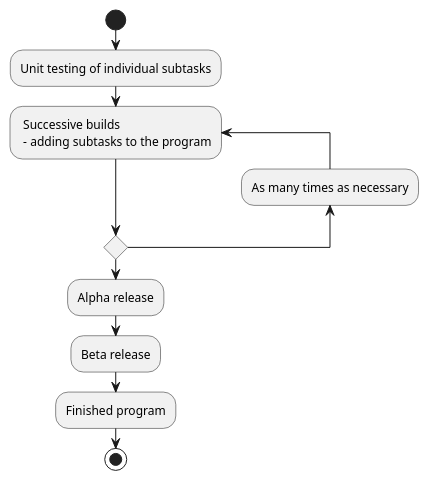
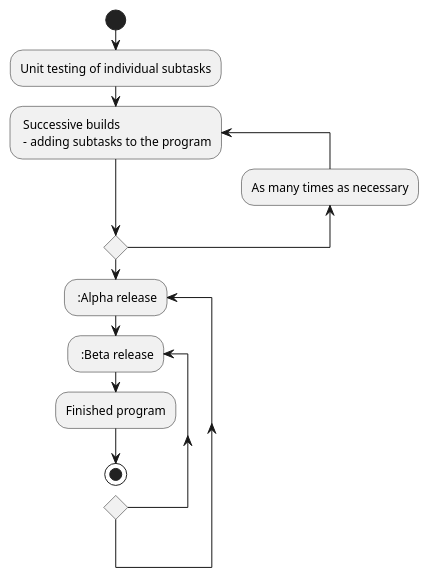
The fifth of 5 diagrams in doc/intro.md (UPPMAX/programming_formalisms_intro), drawn with PlantUML before and after one commit.

````diff
--- a/doc/intro.md
+++ b/doc/intro.md
@@ -544,15 +544,15 @@
 ```{uml}
 @startuml
 start
 :Unit testing of individual subtasks;
 repeat: Successive builds \n - adding subtasks to the program;
 backward:As many times as necessary;
 repeat while
-:Alpha release;
-:Beta release;
+repeat: :Alpha release;
+repeat: :Beta release;
 :Finished program;
 
 stop
 
 @enduml
 ```
````
